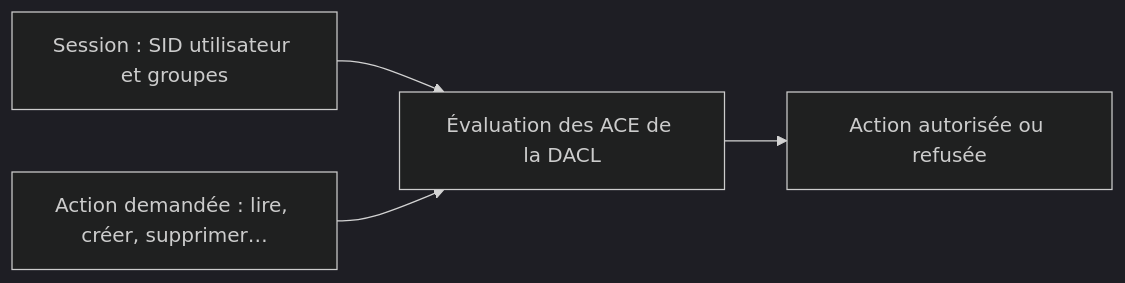
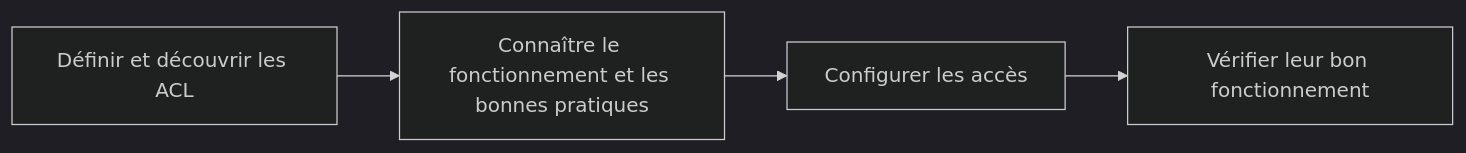
The second of 5 diagrams in docs/modules/02-systemes-clients-microsoft/module-06-la-securite-ntfs-et-les-acl.md (sk34pk25/tssr-cours), drawn with Mermaid (dark theme) before and after one commit. The commit also changed other lines of this file and 13 other files, not shown here.

````diff
--- a/docs/modules/02-systemes-clients-microsoft/module-06-la-securite-ntfs-et-les-acl.md
+++ b/docs/modules/02-systemes-clients-microsoft/module-06-la-securite-ntfs-et-les-acl.md
@@ -28,6 +83,10 @@
 ```mermaid
 flowchart LR
-    A["Session : SID utilisateur et groupes"] --> C["Évaluation des ACE de la DACL"]
-    B["Action demandée : lire, créer, supprimer…"] --> C
-    C --> D["Action autorisée ou refusée"]
+    N1["Définir et découvrir les ACL"]
+    N2["Connaître le fonctionnement et les bonnes pratiques"]
+    N3["Configurer les accès"]
+    N4["Vérifier leur bon fonctionnement"]
+    N1 --> N2
+    N2 --> N3
+    N3 --> N4
 ```
````
